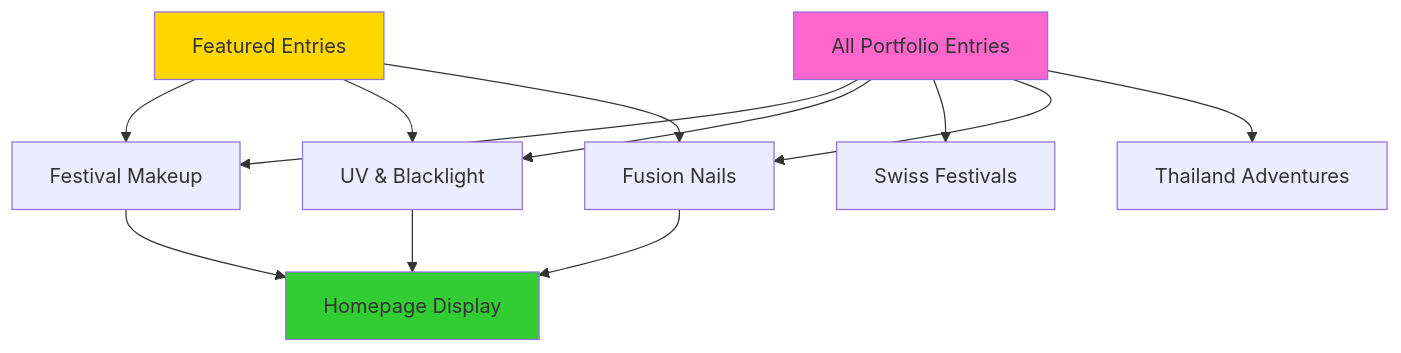
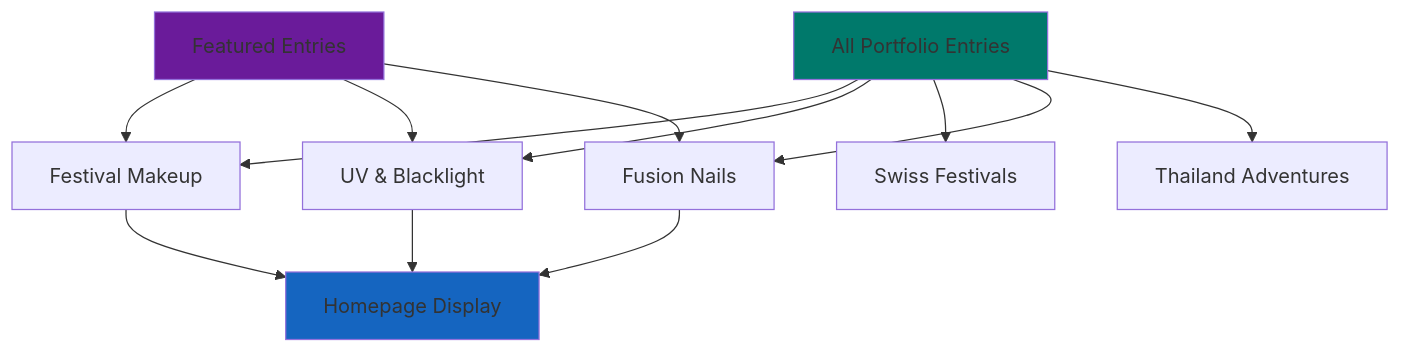
Before and after one commit to ashleyshaw/makeup-portfolio: the tenth of 12 diagrams in src/CONTENTFUL_CONTENT_MODEL.md, drawn with Mermaid. The commit also changed other lines of this file and 55 other files, not shown here.

````diff
--- a/src/CONTENTFUL_CONTENT_MODEL.md
+++ b/src/CONTENTFUL_CONTENT_MODEL.md
@@ -460,22 +481,22 @@
 ```mermaid
 graph TB
     All[All Portfolio Entries]
-    
+
     All --> Festival[Festival Makeup]
     All --> UV[UV & Blacklight]
     All --> Swiss[Swiss Festivals]
     All --> Nails[Fusion Nails]
     All --> Thailand[Thailand Adventures]
-    
+
     Featured[Featured Entries] --> Festival
     Featured --> UV
     Featured --> Nails
-    
+
     Festival --> HomePage[Homepage Display]
     UV --> HomePage
     Nails --> HomePage
-    
-    style All fill:#FF66CC
-    style Featured fill:#FFD700
-    style HomePage fill:#32CD32
+
+    style All fill:#00796B
+    style Featured fill:#6A1B9A
+    style HomePage fill:#1565C0
 ```
````
